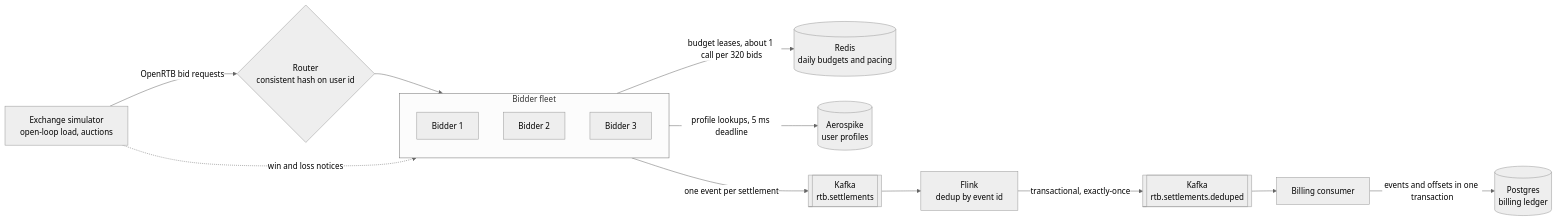
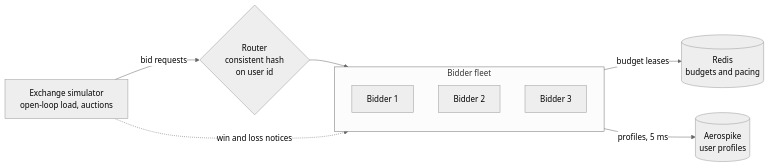
One commit to Sakshi3027/rtb-platform changed the first of 2 diagrams in README.md. Above: the diagram before and after it, drawn with Mermaid (neutral theme). The commit also changed other lines of this file, not shown here.

Commit message:
docs: split architecture into bidding and settlement diagrams for readability

````diff
--- a/README.md
+++ b/README.md
@@ -26,18 +28,13 @@
 ```mermaid
 flowchart LR
-    SIM["Exchange simulator<br/>open-loop load, auctions"] -->|"OpenRTB bid requests"| LB{"Router<br/>consistent hash on user id"}
+    SIM["Exchange simulator<br/>open-loop load, auctions"] -->|"bid requests"| LB{"Router<br/>consistent hash<br/>on user id"}
     LB --> FLEET
     SIM -.->|"win and loss notices"| FLEET
     subgraph FLEET["Bidder fleet"]
         B1["Bidder 1"]
         B2["Bidder 2"]
         B3["Bidder 3"]
     end
-    FLEET -->|"budget leases, about 1 call per 320 bids"| REDIS[("Redis<br/>daily budgets and pacing")]
-    FLEET -->|"profile lookups, 5 ms deadline"| AERO[("Aerospike<br/>user profiles")]
-    FLEET -->|"one event per settlement"| K1[["Kafka<br/>rtb.settlements"]]
-    K1 --> FLINK["Flink<br/>dedup by event id"]
-    FLINK -->|"transactional, exactly-once"| K2[["Kafka<br/>rtb.settlements.deduped"]]
-    K2 --> BILL["Billing consumer"]
-    BILL -->|"events and offsets in one transaction"| PG[("Postgres<br/>billing ledger")]
+    FLEET -->|"budget leases"| REDIS[("Redis<br/>budgets and pacing")]
+    FLEET -->|"profiles, 5 ms"| AERO[("Aerospike<br/>user profiles")]
 ```
````
